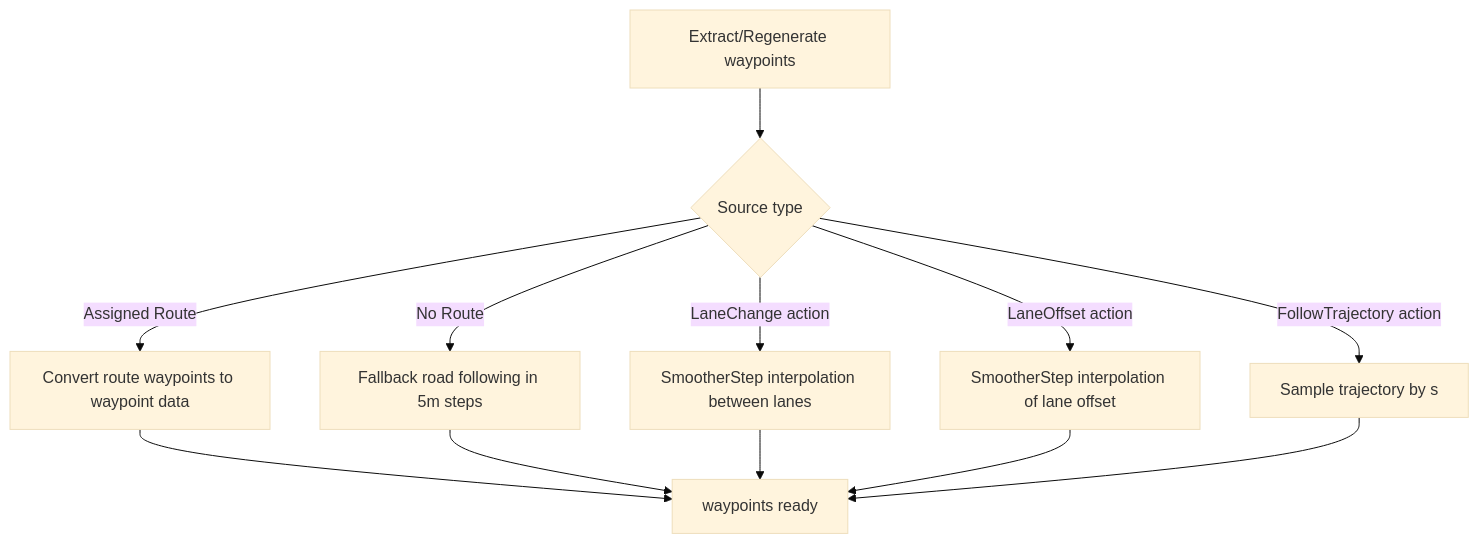
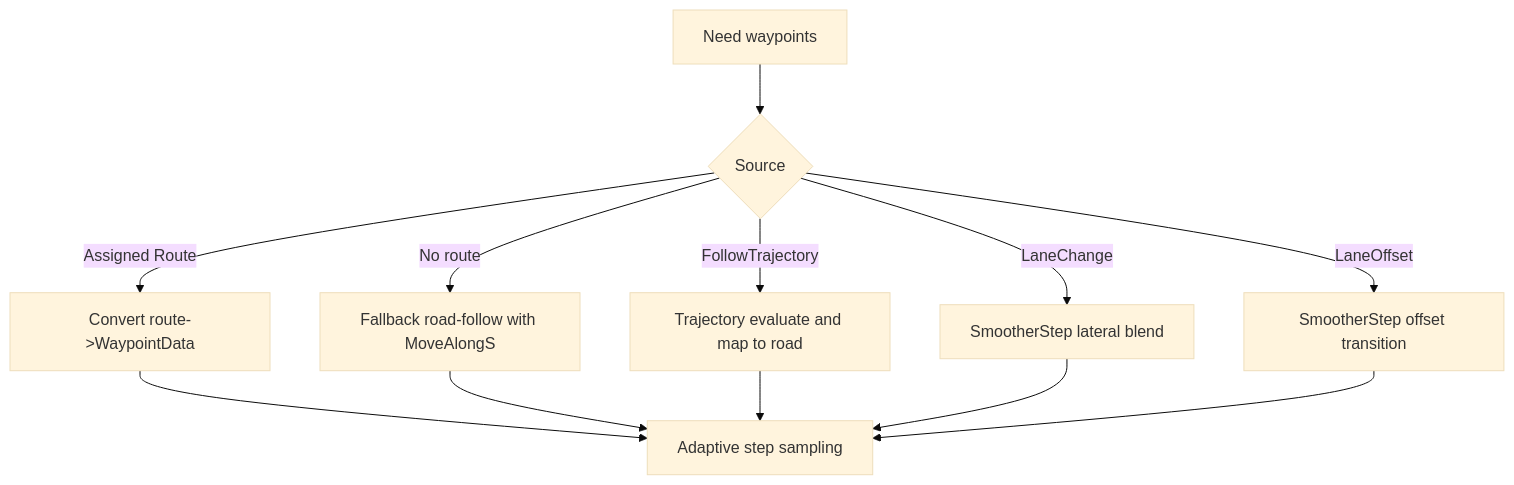
One commit to GT-karny/esmini changed the fourth of 5 diagrams in GT_esmini/docs/controller_real_driver_logic.md. Above: the diagram before and after it, drawn with Mermaid (base theme). The commit also changed other lines of this file and 5 other files, not shown here.

````diff
--- a/GT_esmini/docs/controller_real_driver_logic.md
+++ b/GT_esmini/docs/controller_real_driver_logic.md
@@ -175,14 +134,14 @@
 ```mermaid
 flowchart TD
-    A[Extract/Regenerate waypoints] --> B{Source type}
-    B -->|Assigned Route| C[Convert route waypoints to waypoint data]
-    B -->|No Route| D[Fallback road following in 5m steps]
-    B -->|LaneChange action| E[SmootherStep interpolation between lanes]
-    B -->|LaneOffset action| F[SmootherStep interpolation of lane offset]
-    B -->|FollowTrajectory action| G[Sample trajectory by s]
-    C --> H[waypoints ready]
+    A[Need waypoints] --> B{Source}
+    B -->|Assigned Route| C[Convert route->WaypointData]
+    B -->|No route| D[Fallback road-follow with MoveAlongS]
+    B -->|FollowTrajectory| E[Trajectory evaluate and map to road]
+    B -->|LaneChange| F[SmootherStep lateral blend]
+    B -->|LaneOffset| G[SmootherStep offset transition]
+    C --> H[Adaptive step sampling]
     D --> H
     E --> H
     F --> H
     G --> H
 ```
````
